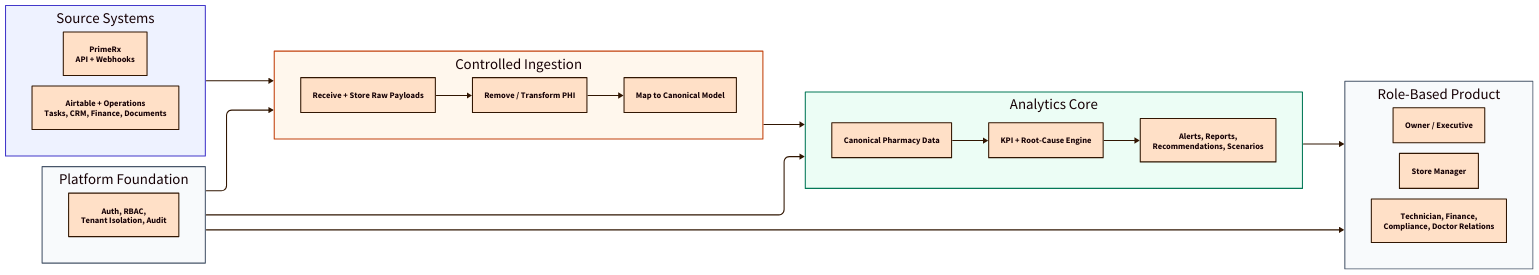
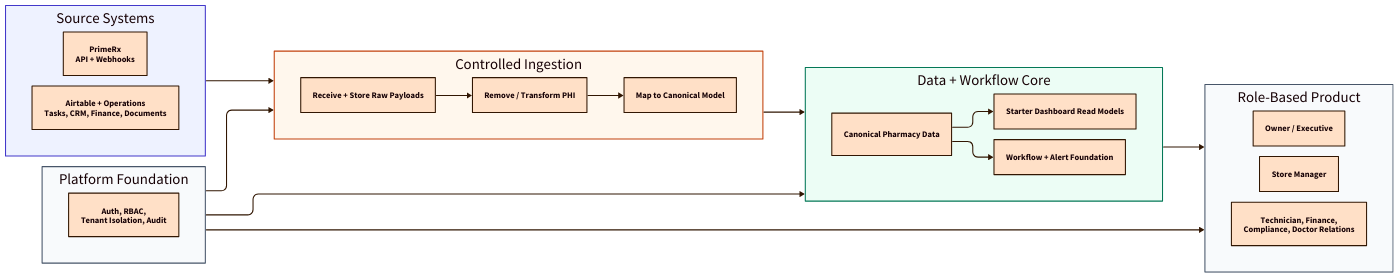
The diagram in diagrams/overall-platform.d2 (analyticalrx/analytical-rx-documentation), drawn with D2 before and after one commit. The commit also changed 26 other files, not shown here.

```diff
--- a/diagrams/overall-platform.d2
+++ b/diagrams/overall-platform.d2
@@ -1,75 +1,75 @@
 vars: {
   d2-config: {
     layout-engine: elk
     theme-id: 101
   }
 }
 
 direction: right
 
 classes: {
   source: {
     style.fill: "#eef2ff"
     style.stroke: "#4338ca"
   }
   guarded: {
     style.fill: "#fff7ed"
     style.stroke: "#c2410c"
   }
   core: {
     style.fill: "#ecfdf5"
     style.stroke: "#047857"
   }
   app: {
     style.fill: "#f8fafc"
     style.stroke: "#475569"
   }
 }
 
 sources: {
   label: "Source Systems"
   class: source
   primerx: "PrimeRx\nAPI + Webhooks"
   ops: "Airtable + Operations\nTasks, CRM, Finance, Documents"
 }
 
 ingestion: {
   label: "Controlled Ingestion"
   class: guarded
   intake: "Receive + Store Raw Payloads"
   privacy: "Remove / Transform PHI"
   mapping: "Map to Canonical Model"
 }
 
-analytics: {
-  label: "Analytics Core"
+data_core: {
+  label: "Data + Workflow Core"
   class: core
   model: "Canonical Pharmacy Data"
-  kpis: "KPI + Root-Cause Engine"
-  decisions: "Alerts, Reports,\nRecommendations, Scenarios"
+  dashboards: "Starter Dashboard Read Models"
+  workflows: "Workflow + Alert Foundation"
 }
 
 product: {
   label: "Role-Based Product"
   class: app
   owner: "Owner / Executive"
   store: "Store Manager"
   ops: "Technician, Finance,\nCompliance, Doctor Relations"
 }
 
 platform: {
   label: "Platform Foundation"
   class: app
   security: "Auth, RBAC,\nTenant Isolation, Audit"
 }
 
 sources -> ingestion
 ingestion.intake -> ingestion.privacy
 ingestion.privacy -> ingestion.mapping
-ingestion -> analytics
-analytics.model -> analytics.kpis
-analytics.kpis -> analytics.decisions
-analytics -> product
+ingestion -> data_core
+data_core.model -> data_core.dashboards
+data_core.model -> data_core.workflows
+data_core -> product
 platform -> ingestion
-platform -> analytics
+platform -> data_core
 platform -> product
```
